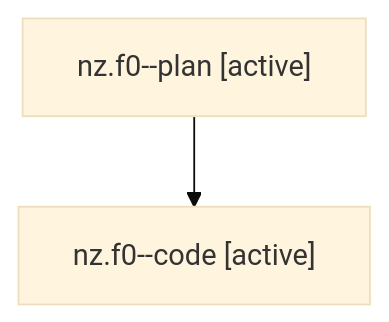
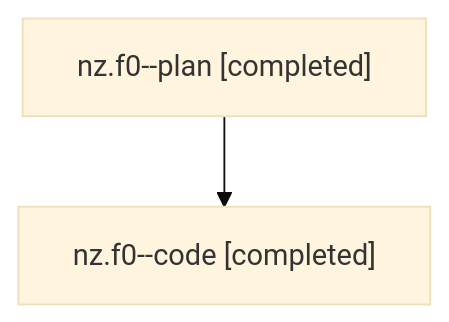
One commit to sase-org/sase--agents changed the diagram in families/bbugyi200.athena.nz.f0.md. Above: the diagram before and after it, drawn with Mermaid (base theme). The commit also changed other lines of this file and 57 other files, not shown here.

````diff
--- a/families/bbugyi200.athena.nz.f0.md
+++ b/families/bbugyi200.athena.nz.f0.md
@@ -9,6 +9,6 @@
 ```mermaid
 flowchart TD
-  n0["nz.f0--plan [active]"]
-  n1["nz.f0--code [active]"]
+  n0["nz.f0--plan [completed]"]
+  n1["nz.f0--code [completed]"]
   n0 --> n1
 ```
````
